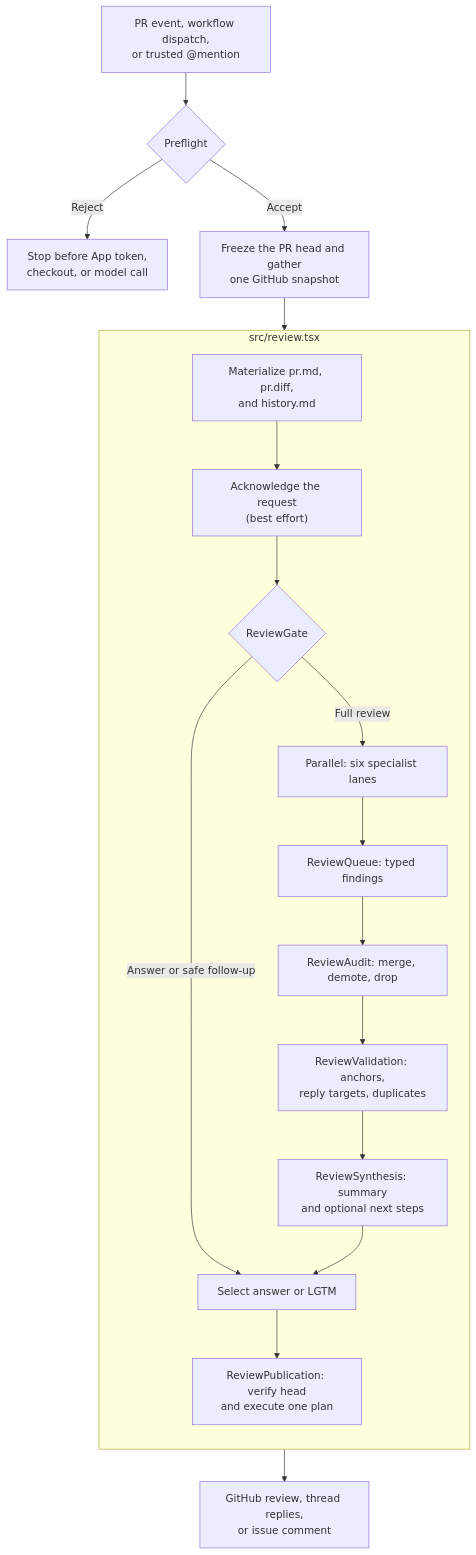
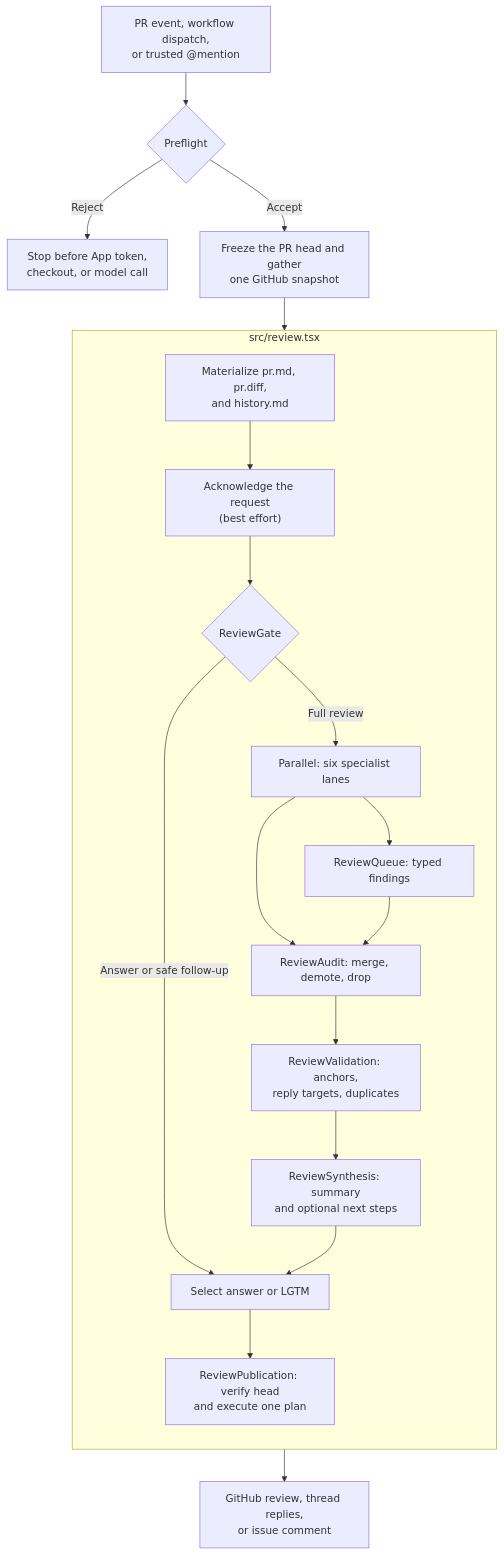
The diagram in README.md (we-are-singular/singular-code-review-agent), drawn with Mermaid before and after one commit. The commit also changed other lines of this file and 17 other files, not shown here.

````diff
--- a/README.md
+++ b/README.md
@@ -30,23 +30,24 @@
 ```mermaid
 flowchart TB
     event["PR event, workflow dispatch,<br/>or trusted @mention"] --> preflight{"Preflight"}
     preflight -->|Reject| stop["Stop before App token,<br/>checkout, or model call"]
     preflight -->|Accept| snapshot["Freeze the PR head and gather<br/>one GitHub snapshot"]
 
     subgraph review["src/review.tsx"]
       direction TB
       context["Materialize pr.md, pr.diff,<br/>and history.md"] --> acknowledgement["Acknowledge the request<br/>(best effort)"]
       acknowledgement --> gate{"ReviewGate"}
       gate -->|Answer or safe follow-up| outcome["Select answer or LGTM"]
       gate -->|Full review| parallel["Parallel: six specialist lanes"]
       parallel --> queue["ReviewQueue: typed findings"]
+      parallel --> audit
       queue --> audit["ReviewAudit: merge, demote, drop"]
       audit --> validation["ReviewValidation: anchors,<br/>reply targets, duplicates"]
       validation --> synthesis["ReviewSynthesis: summary<br/>and optional next steps"]
       synthesis --> outcome
       outcome --> publication["ReviewPublication: verify head<br/>and execute one plan"]
     end
 
     snapshot --> context
     publication --> github["GitHub review, thread replies,<br/>or issue comment"]
 ```
````
